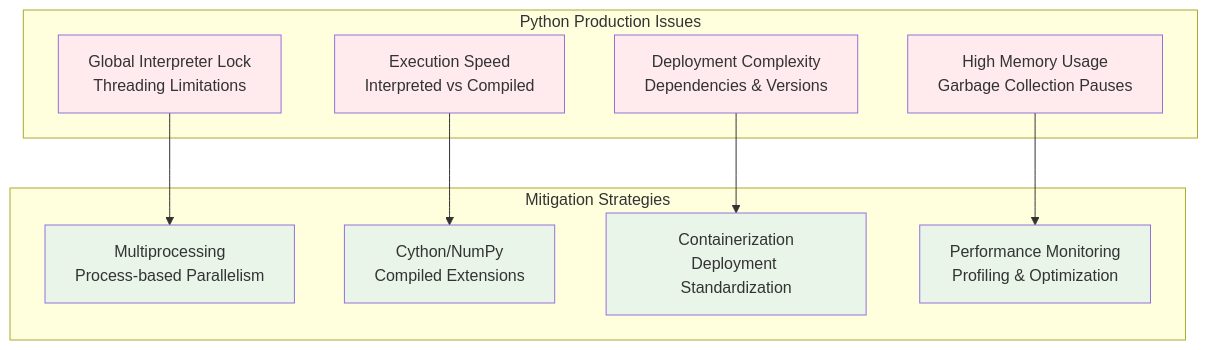
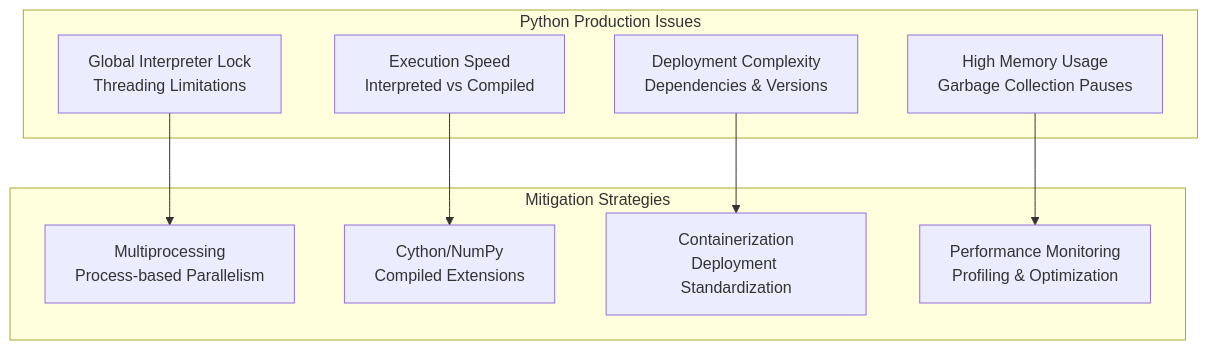
The fourth of 8 diagrams in src/Python_Programs/IBKR_API_Comparison_Guide.md (petewilburn/Python-Programs-for-Fun-and-Education), drawn with Mermaid before and after one commit. The commit also changed other lines of this file and 3 other files, not shown here.

Commit message:
Remove all Mermaid styling for better dark mode compatibility

````diff
--- a/src/Python_Programs/IBKR_API_Comparison_Guide.md
+++ b/src/Python_Programs/IBKR_API_Comparison_Guide.md
@@ -387,27 +375,21 @@
 ```mermaid
 graph TB
     subgraph "Python Production Issues"
         GIL[Global Interpreter Lock<br/>Threading Limitations]
         Memory[High Memory Usage<br/>Garbage Collection Pauses]
         Speed[Execution Speed<br/>Interpreted vs Compiled]
         Deploy[Deployment Complexity<br/>Dependencies & Versions]
     end
     
     subgraph "Mitigation Strategies"
         Multiprocess[Multiprocessing<br/>Process-based Parallelism]
         Cython[Cython/NumPy<br/>Compiled Extensions]
         Docker[Containerization<br/>Deployment Standardization]
         Monitoring[Performance Monitoring<br/>Profiling & Optimization]
     end
     
     GIL --> Multiprocess
     Memory --> Monitoring
     Speed --> Cython
     Deploy --> Docker
-    
-    classDef issue fill:#ffebee
-    classDef solution fill:#e8f5e8
-    
-    class GIL,Memory,Speed,Deploy issue
-    class Multiprocess,Cython,Docker,Monitoring solution
 ```
````
